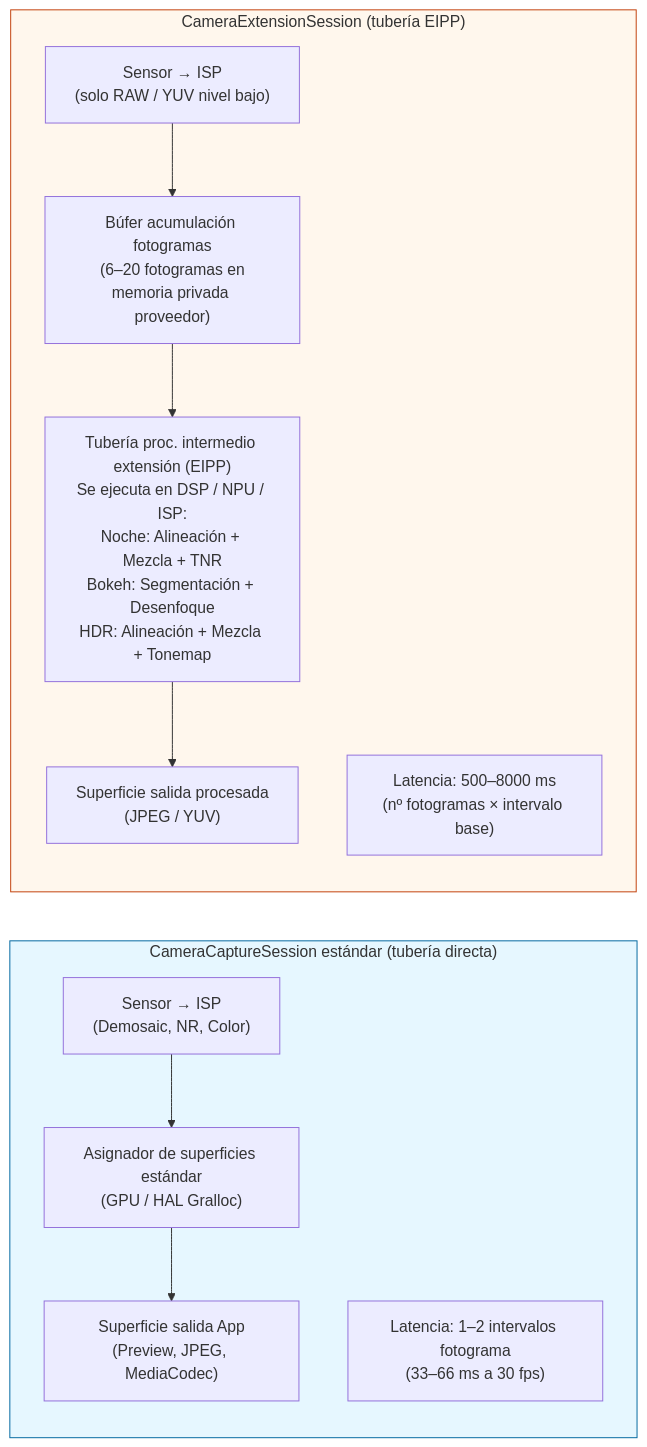
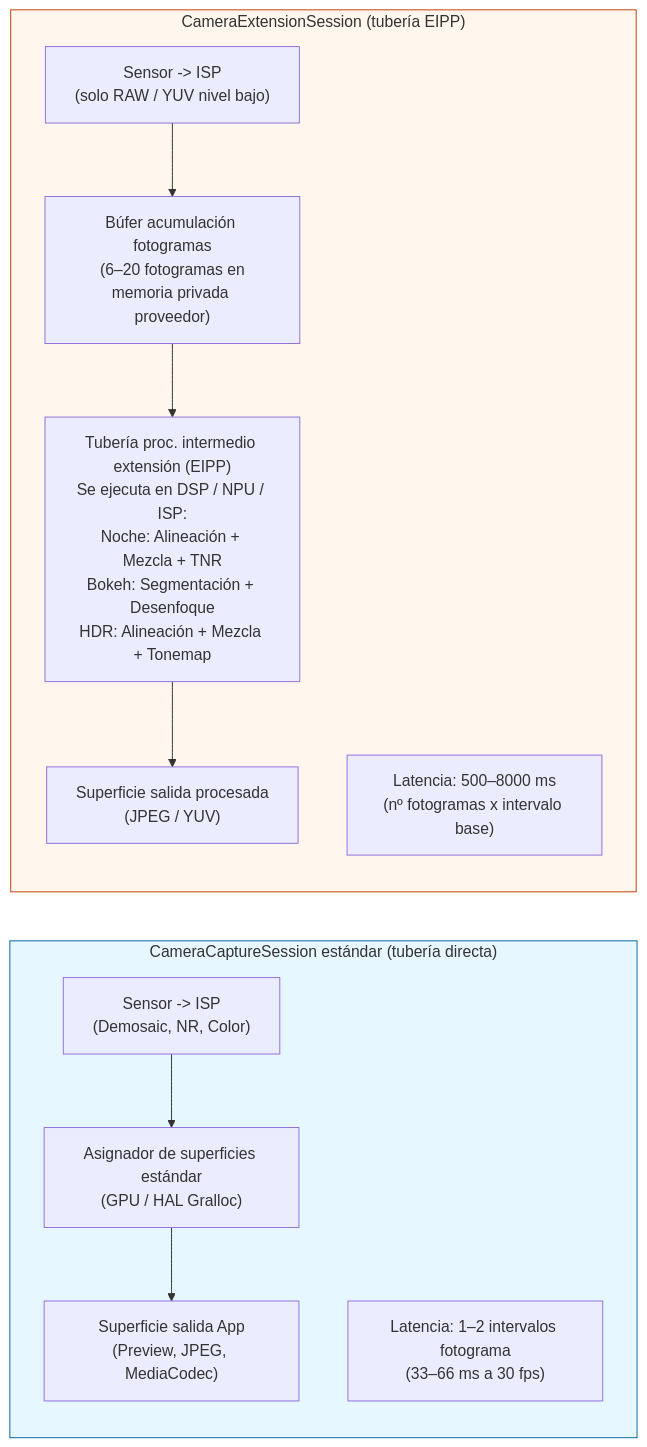
One commit to zoozooll/AndroidCameraParameters changed the first of 2 diagrams in website/i18n/es/docusaurus-plugin-content-docs/current/camera2/camera-extensions.md. Above: the diagram before and after it, drawn with Mermaid. The commit also changed other lines of this file and 77 other files, not shown here.

First line of the commit message:
docs: standardize Mermaid syntax and polish 3A pipeline translations

````diff
--- a/website/i18n/es/docusaurus-plugin-content-docs/current/camera2/camera-extensions.md
+++ b/website/i18n/es/docusaurus-plugin-content-docs/current/camera2/camera-extensions.md
@@ -34,24 +34,24 @@
 ```mermaid
 flowchart LR
     subgraph STANDARD["CameraCaptureSession estándar (tubería directa)"]
         direction TB
-        S1["Sensor → ISP<br/>(Demosaic, NR, Color)"]
+        S1["Sensor -> ISP<br/>(Demosaic, NR, Color)"]
         S2["Asignador de superficies estándar<br/>(GPU / HAL Gralloc)"]
         S3["Superficie salida App<br/>(Preview, JPEG, MediaCodec)"]
         S1 --> S2 --> S3
         SLAT["Latencia: 1–2 intervalos fotograma<br/>(33–66 ms a 30 fps)"]
     end
 
     subgraph EXTENSION["CameraExtensionSession (tubería EIPP)"]
         direction TB
-        E1["Sensor → ISP<br/>(solo RAW / YUV nivel bajo)"]
+        E1["Sensor -> ISP<br/>(solo RAW / YUV nivel bajo)"]
         E2["Búfer acumulación fotogramas<br/>(6–20 fotogramas en<br/>memoria privada proveedor)"]
         E3["Tubería proc. intermedio extensión (EIPP)<br/>Se ejecuta en DSP / NPU / ISP:<br/>Noche: Alineación + Mezcla + TNR<br/>Bokeh: Segmentación + Desenfoque<br/>HDR: Alineación + Mezcla + Tonemap"]
         E4["Superficie salida procesada<br/>(JPEG / YUV)"]
         E1 --> E2 --> E3 --> E4
-        ELAT["Latencia: 500–8000 ms<br/>(nº fotogramas × intervalo base)"]
+        ELAT["Latencia: 500–8000 ms<br/>(nº fotogramas x intervalo base)"]
     end
 
     style STANDARD fill:#e6f7ff,stroke:#0369a1
     style EXTENSION fill:#fff7ed,stroke:#c2410c
 ```
````
